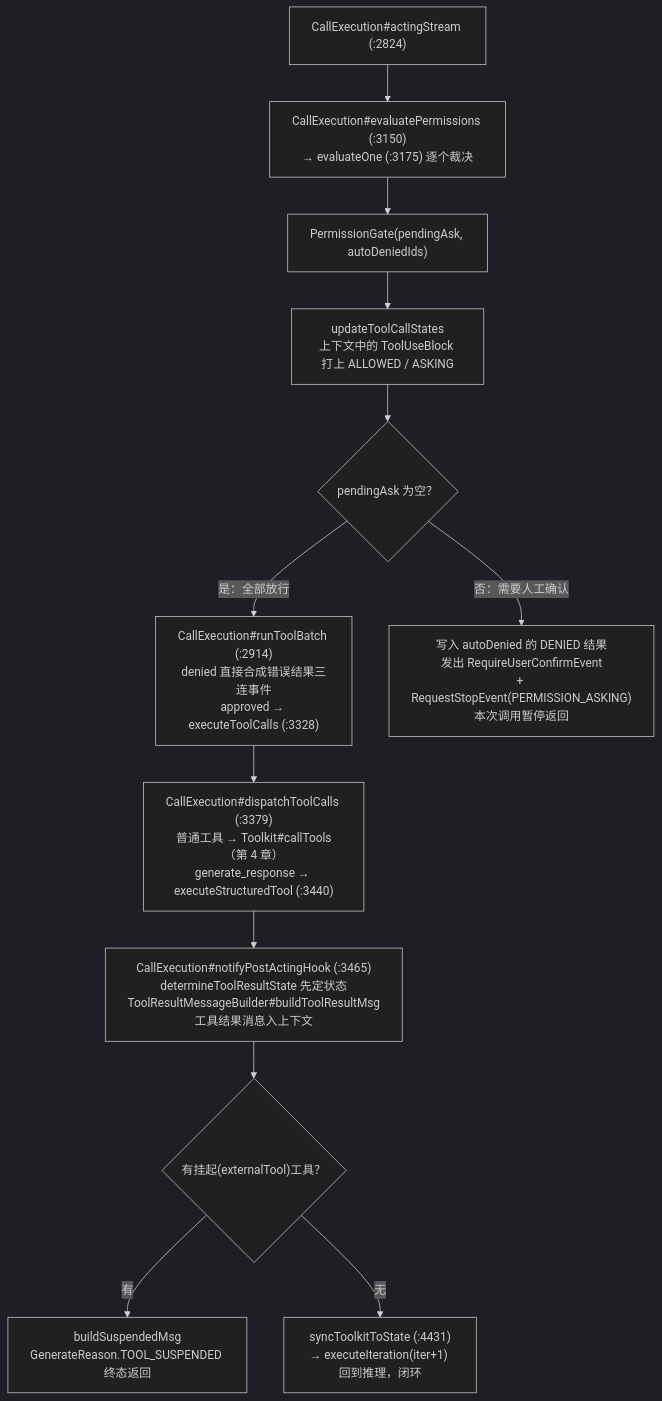
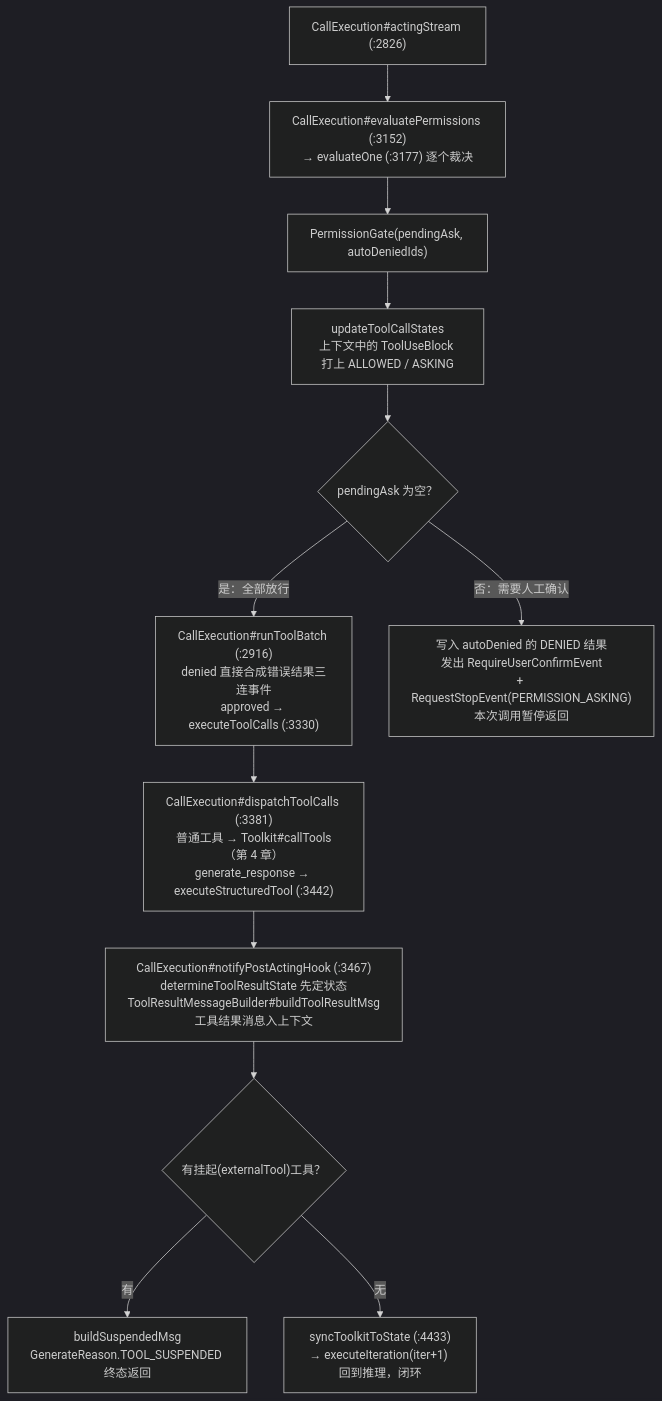
One commit to liulangjietou/AgentScope-source-analysis changed the third of 4 diagrams in 03-ReAct主循环.md. Above: the diagram before and after it, drawn with Mermaid (dark theme). The commit also changed other lines of this file and 9 other files, not shown here.

````diff
--- a/03-ReAct主循环.md
+++ b/03-ReAct主循环.md
@@ -152,14 +152,14 @@
 ```mermaid
 flowchart TB
-    START["CallExecution#actingStream (:2824)"] --> EVAL["CallExecution#evaluatePermissions (:3150)<br/>→ evaluateOne (:3175) 逐个裁决"]
+    START["CallExecution#actingStream (:2826)"] --> EVAL["CallExecution#evaluatePermissions (:3152)<br/>→ evaluateOne (:3177) 逐个裁决"]
     EVAL --> GATE["PermissionGate(pendingAsk, autoDeniedIds)"]
     GATE --> UPD["updateToolCallStates<br/>上下文中的 ToolUseBlock 打上 ALLOWED / ASKING"]
     UPD --> Q{"pendingAsk 为空？"}
-    Q -->|"是：全部放行"| RUN["CallExecution#runToolBatch (:2914)<br/>denied 直接合成错误结果三连事件<br/>approved → executeToolCalls (:3328)"]
+    Q -->|"是：全部放行"| RUN["CallExecution#runToolBatch (:2916)<br/>denied 直接合成错误结果三连事件<br/>approved → executeToolCalls (:3330)"]
     Q -->|"否：需要人工确认"| ASK["写入 autoDenied 的 DENIED 结果<br/>发出 RequireUserConfirmEvent<br/>+ RequestStopEvent(PERMISSION_ASKING)<br/>本次调用暂停返回"]
-    RUN --> DISPATCH["CallExecution#dispatchToolCalls (:3379)<br/>普通工具 → Toolkit#callTools（第 4 章）<br/>generate_response → executeStructuredTool (:3440)"]
-    DISPATCH --> POST["CallExecution#notifyPostActingHook (:3465)<br/>determineToolResultState 先定状态<br/>ToolResultMessageBuilder#buildToolResultMsg<br/>工具结果消息入上下文"]
+    RUN --> DISPATCH["CallExecution#dispatchToolCalls (:3381)<br/>普通工具 → Toolkit#callTools（第 4 章）<br/>generate_response → executeStructuredTool (:3442)"]
+    DISPATCH --> POST["CallExecution#notifyPostActingHook (:3467)<br/>determineToolResultState 先定状态<br/>ToolResultMessageBuilder#buildToolResultMsg<br/>工具结果消息入上下文"]
     POST --> NEXT{"有挂起(externalTool)工具？"}
     NEXT -->|"有"| SUSP["buildSuspendedMsg<br/>GenerateReason.TOOL_SUSPENDED 终态返回"]
-    NEXT -->|"无"| ITER["syncToolkitToState (:4431)<br/>→ executeIteration(iter+1) 回到推理，闭环"]
+    NEXT -->|"无"| ITER["syncToolkitToState (:4433)<br/>→ executeIteration(iter+1) 回到推理，闭环"]
 ```
````
